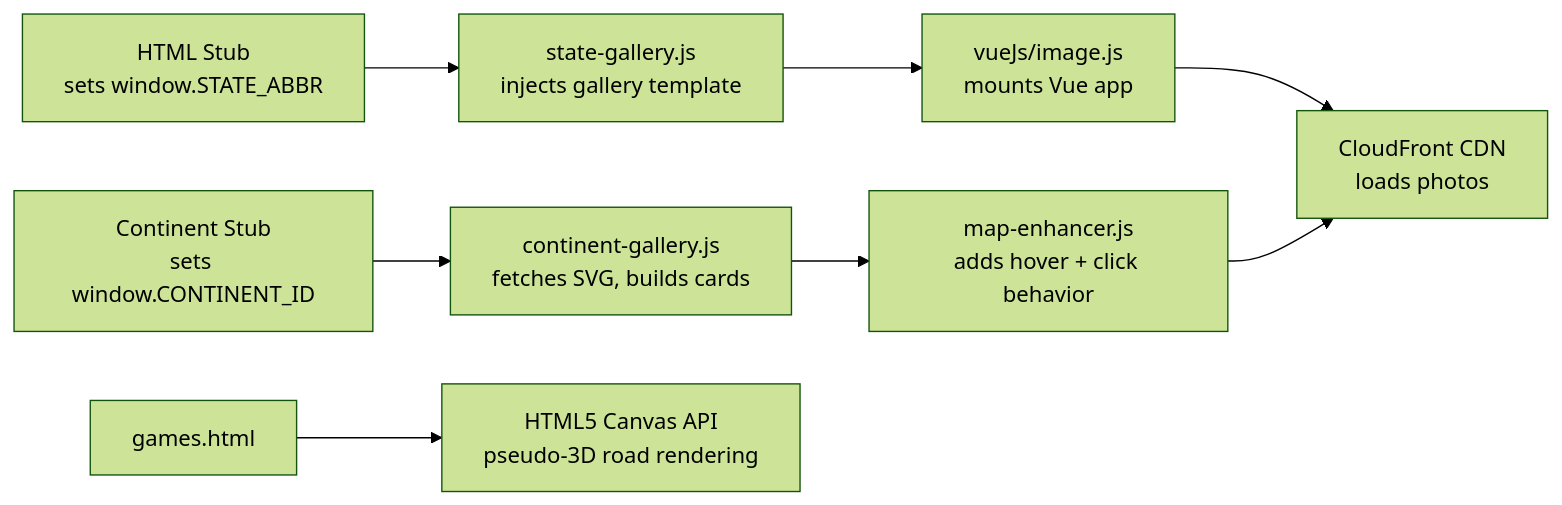
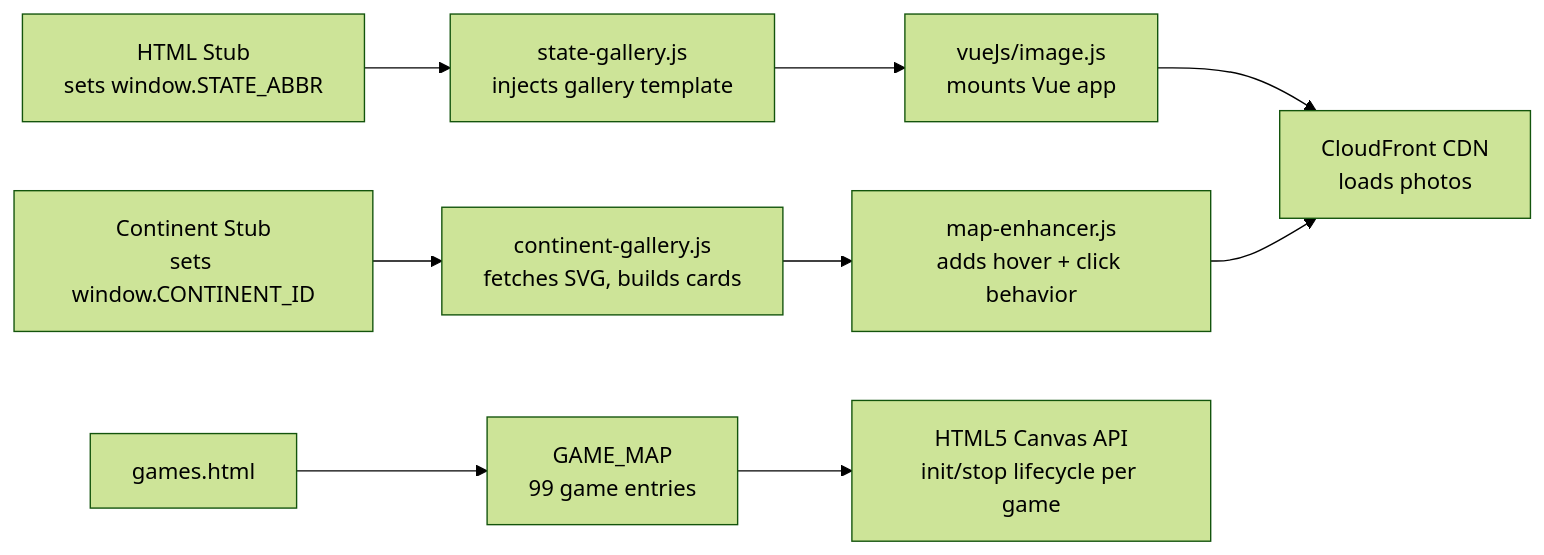
One commit to Masrik-Dahir/Masrik-Dahir.github.io changed the second of 4 diagrams in README.md. Above: the diagram before and after it, drawn with Mermaid (forest theme). The commit also changed other lines of this file and 112 other files, not shown here.

````diff
--- a/README.md
+++ b/README.md
@@ -115,12 +114,13 @@
 ```mermaid
 flowchart LR
     Stub["HTML Stub<br/>sets window.STATE_ABBR"] --> SGJ["state-gallery.js<br/>injects gallery template"]
     SGJ --> VueMount["vueJs/image.js<br/>mounts Vue app"]
     VueMount --> CDN["CloudFront CDN<br/>loads photos"]
 
     CStub["Continent Stub<br/>sets window.CONTINENT_ID"] --> CGJ["continent-gallery.js<br/>fetches SVG, builds cards"]
     CGJ --> ME["map-enhancer.js<br/>adds hover + click behavior"]
     ME --> CDN
 
-    GamesPage["games.html"] --> CanvasAPI["HTML5 Canvas API<br/>pseudo-3D road rendering"]
+    GamesPage["games.html"] --> GameMap["GAME_MAP<br/>99 game entries"]
+    GameMap --> CanvasAPI["HTML5 Canvas API<br/>init/stop lifecycle per game"]
 ```
````
